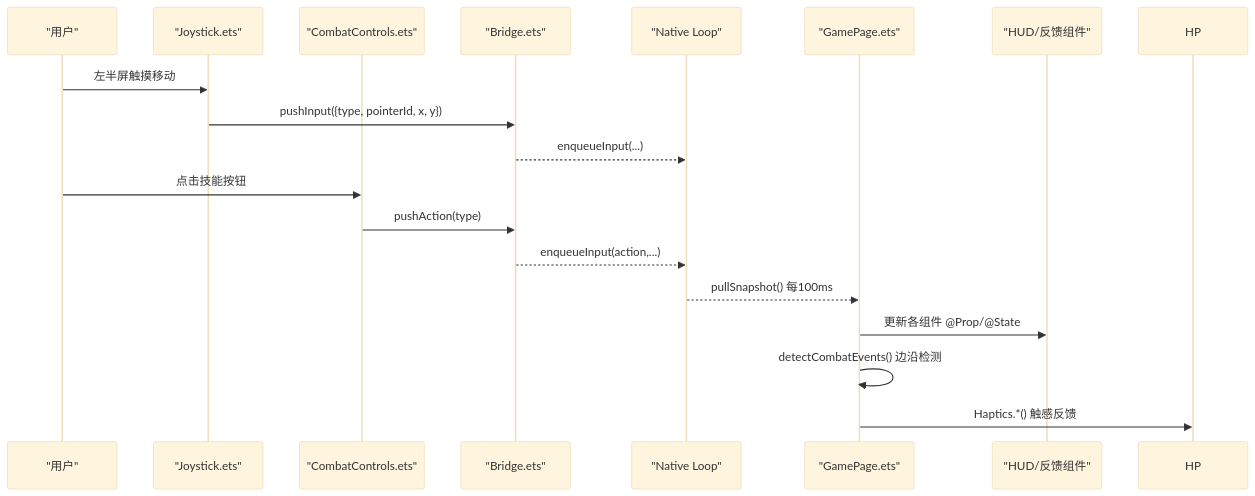
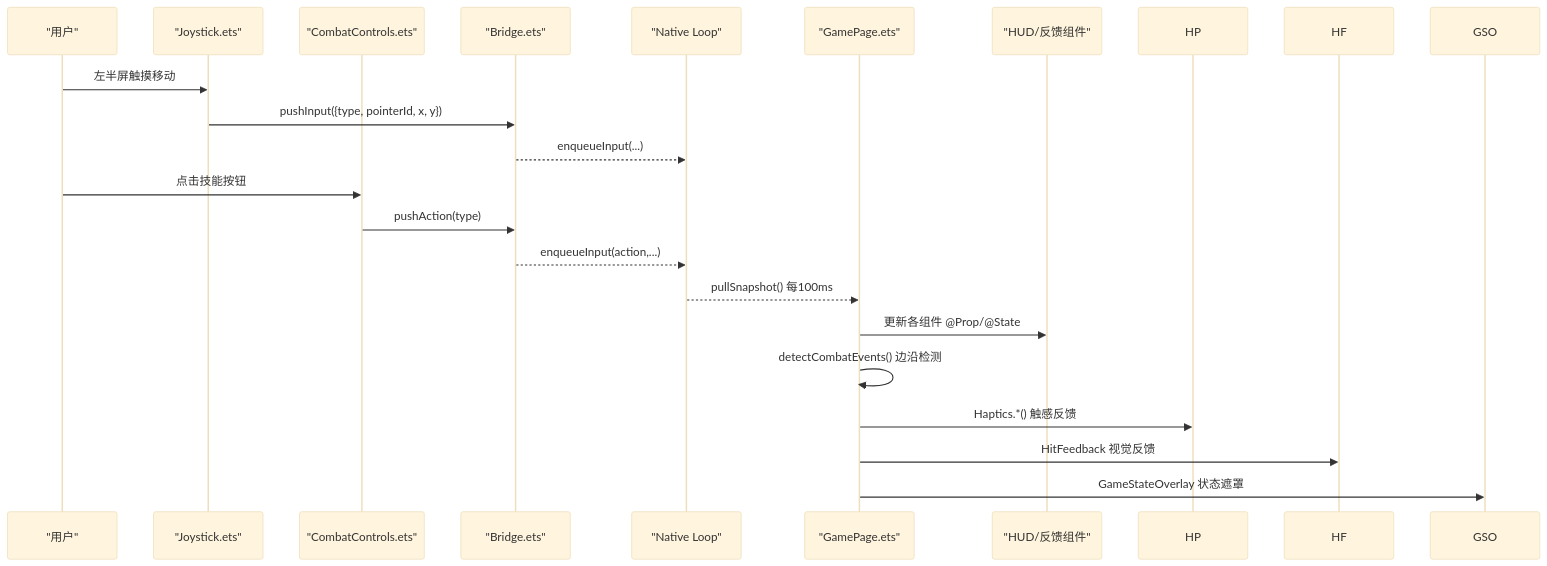
Before and after one commit to sj123sheng/my-world: the second of 7 diagrams in .qoder/repowiki/zh/content/前端界面系统/战斗视觉反馈系统.md, drawn with Mermaid (base theme). The commit also changed other lines of this file and 160 other files, not shown here.

````diff
--- a/.qoder/repowiki/zh/content/前端界面系统/战斗视觉反馈系统.md
+++ b/.qoder/repowiki/zh/content/前端界面系统/战斗视觉反馈系统.md
@@ -107,20 +114,22 @@
 ```mermaid
 sequenceDiagram
 participant U as "用户"
 participant JS as "Joystick.ets"
 participant CC as "CombatControls.ets"
 participant BR as "Bridge.ets"
 participant NATIVE as "Native Loop"
 participant GP as "GamePage.ets"
 participant UI as "HUD/反馈组件"
 U->>JS : 左半屏触摸移动
 JS->>BR : pushInput({type, pointerId, x, y})
 BR-->>NATIVE : enqueueInput(...)
 U->>CC : 点击技能按钮
 CC->>BR : pushAction(type)
 BR-->>NATIVE : enqueueInput(action,...)
 NATIVE-->>GP : pullSnapshot() 每100ms
 GP->>UI : 更新各组件 @Prop/@State
 GP->>GP : detectCombatEvents() 边沿检测
 GP->>HP : Haptics.*() 触感反馈
+GP->>HF : HitFeedback 视觉反馈
+GP->>GSO : GameStateOverlay 状态遮罩
 ```
````
